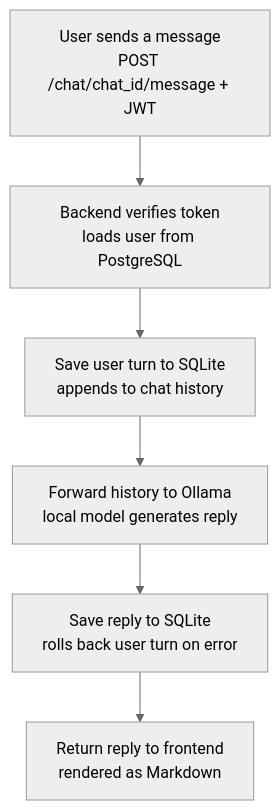
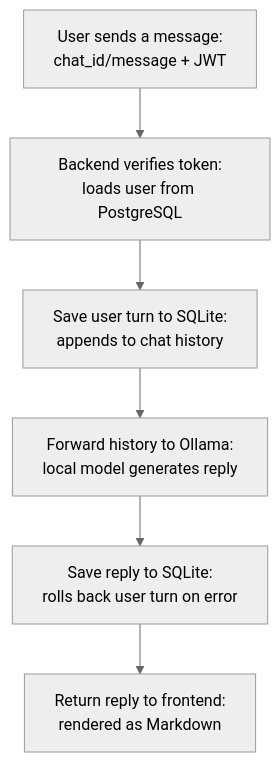
The diagram in README.md (stropeala/final_project_ITS2025-2026), drawn with Mermaid (neutral theme) before and after one commit.

````diff
--- a/README.md
+++ b/README.md
@@ -42,11 +42,11 @@
 ```mermaid
 flowchart TD
-    A["User sends a message<br/>POST /chat/chat_id/message + JWT"]
-    B["Backend verifies token<br/>loads user from PostgreSQL"]
-    C["Save user turn to SQLite<br/>appends to chat history"]
-    D["Forward history to Ollama<br/>local model generates reply"]
-    E["Save reply to SQLite<br/>rolls back user turn on error"]
-    F["Return reply to frontend<br/>rendered as Markdown"]
+    A["User sends a message:<br/>chat_id/message + JWT"]
+    B["Backend verifies token:<br/>loads user from PostgreSQL"]
+    C["Save user turn to SQLite:<br/>appends to chat history"]
+    D["Forward history to Ollama:<br/>local model generates reply"]
+    E["Save reply to SQLite:<br/>rolls back user turn on error"]
+    F["Return reply to frontend:<br/>rendered as Markdown"]
 
     A --> B --> C --> D --> E --> F
 ```
````
